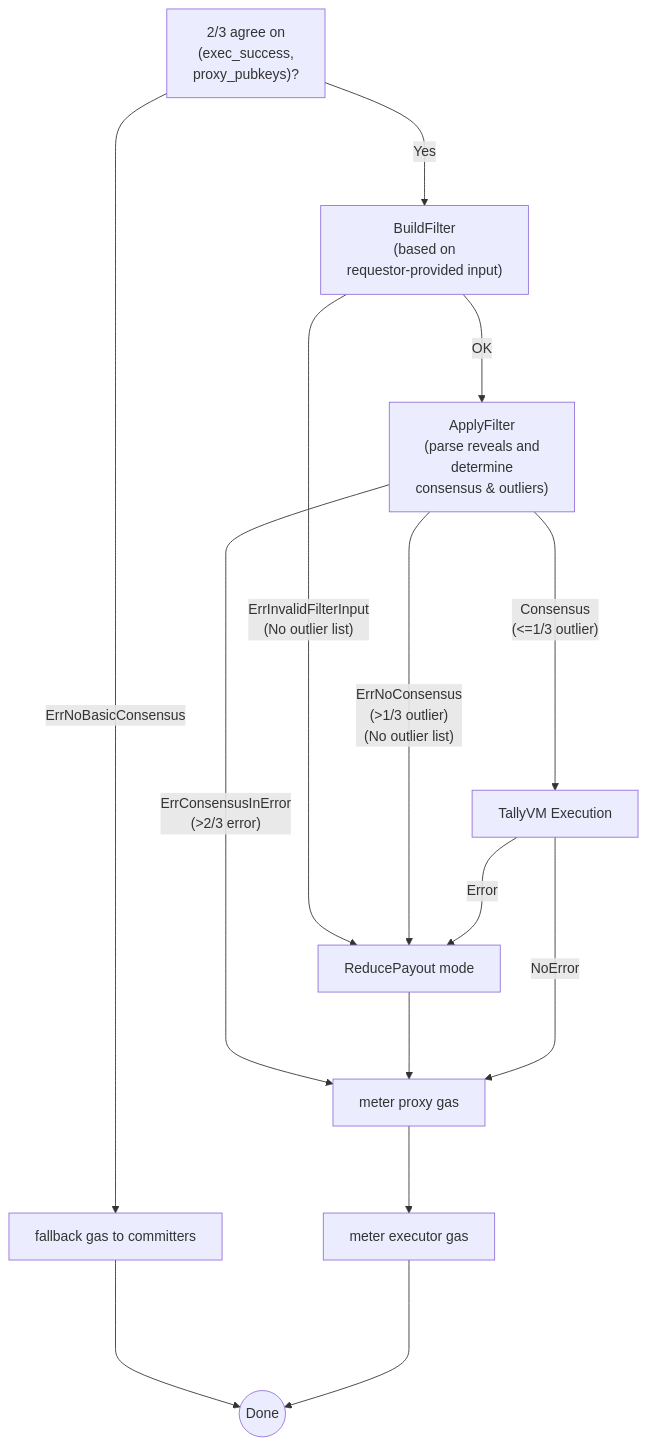
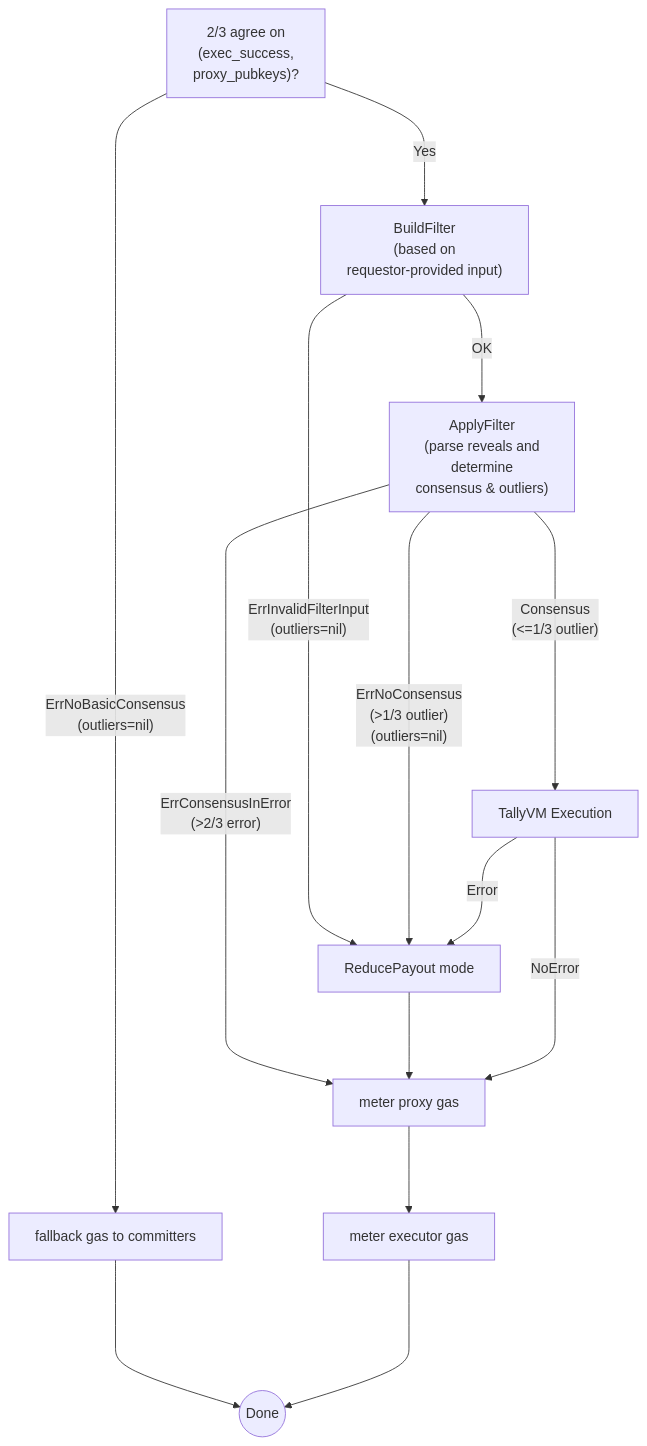
One commit to sedaprotocol/seda-chain changed the diagram in x/tally/README.md. Above: the diagram before and after it, drawn with Mermaid. The commit also changed 6 other files, not shown here.

Commit message:
feat(x/tally): no executor payout to outliers

````diff
--- a/x/tally/README.md
+++ b/x/tally/README.md
@@ -7,19 +7,19 @@
 ```mermaid
 flowchart TD
     A["2/3 agree on<br>(exec_success,<br>proxy_pubkeys)?"]
-    A -->|ErrNoBasicConsensus| G1["fallback gas to committers"]
+    A -->|"ErrNoBasicConsensus<br>(outliers=nil)"| G1["fallback gas to committers"]
     A --->|Yes| C
     C["BuildFilter<br>(based on<br> requestor-provided input)"]
-    C -->|"ErrInvalidFilterInput<br>(No outlier list)"| R["ReducePayout mode"]
+    C -->|"ErrInvalidFilterInput<br>(outliers=nil)"| R["ReducePayout mode"]
     C --->|OK| D
     D["ApplyFilter<br>(parse reveals and<br>determine <br>consensus & outliers)"]
-    D ---->|"ErrNoConsensus<br>(>1/3 outlier)<br>(No outlier list)"| R
+    D ---->|"ErrNoConsensus<br>(>1/3 outlier)<br>(outliers=nil)"| R
     D --->|"ErrConsensusInError<br>(>2/3 error)"| G2
     D ----->|"Consensus<br>(<=1/3 outlier)"| F["TallyVM Execution"]
     R ---> G2
     F ---> |Error|R
     F -----> |NoError|G2["meter proxy gas"]
     G2 ---> G3["meter executor gas"]
     G1  ----> Z(("Done"))
     G3  ----> Z(("Done"))
 ```
````
